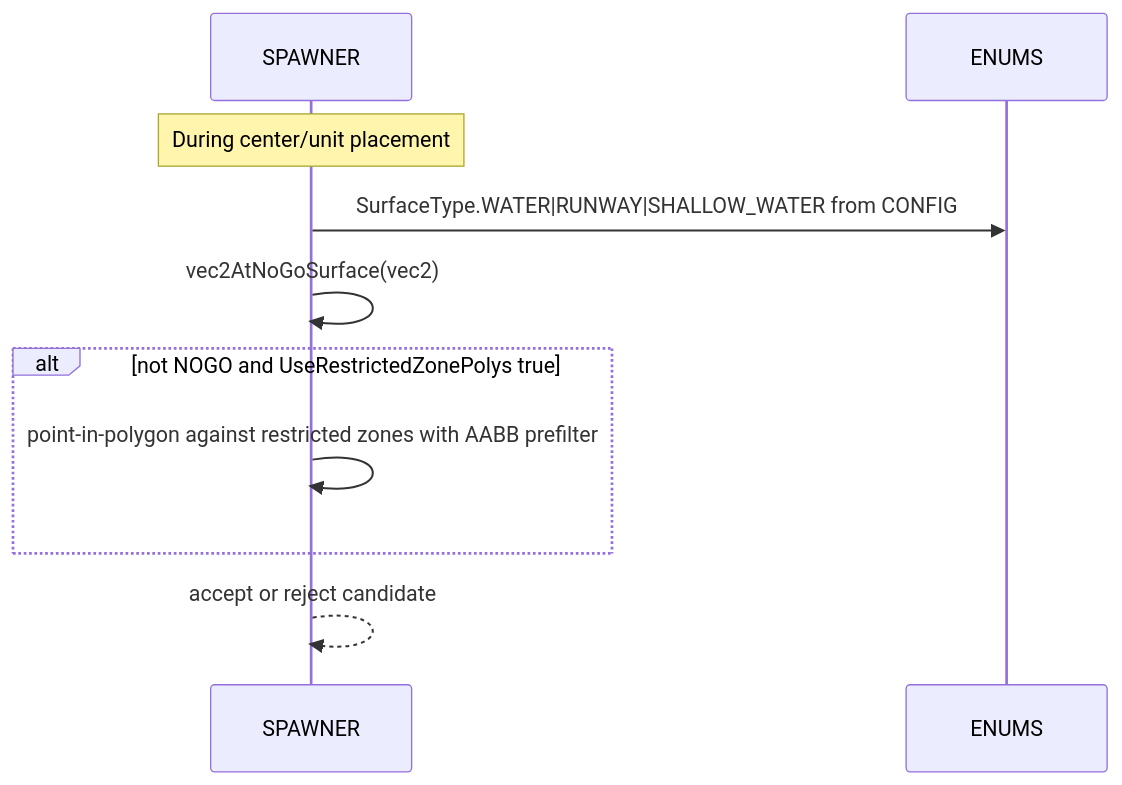
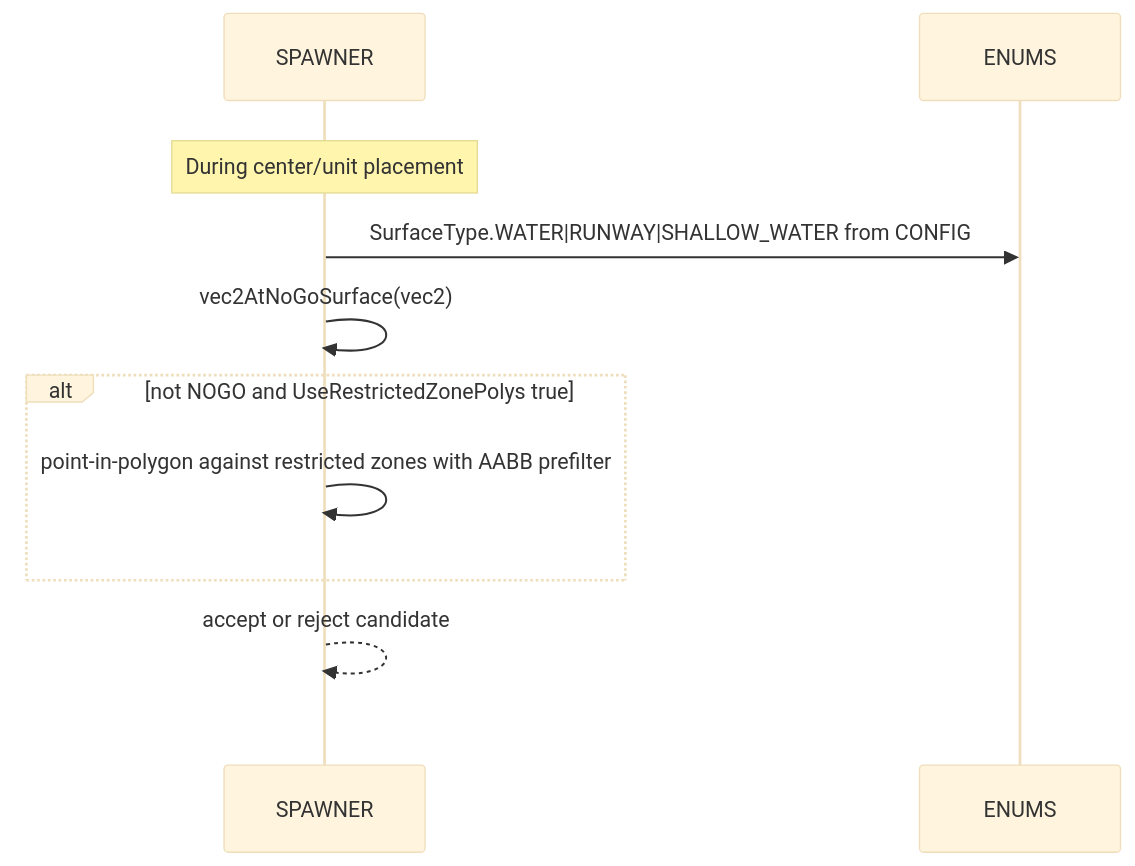
The second of 2 diagrams in docs/enums/surface_types.md (Gh0st352/AETHR), drawn with Mermaid before and after one commit. The commit also changed other lines of this file and 7 other files, not shown here.

First line of the commit message:
docs(enums): add structured mermaid styling and subgraphs

````diff
--- a/docs/enums/surface_types.md
+++ b/docs/enums/surface_types.md
@@ -25,12 +61,16 @@
 ```mermaid
+%%{init: {"theme":"base"}}%%
 sequenceDiagram
   participant SP as SPAWNER
   participant EN as ENUMS
-  note over SP: During center/unit placement
-  SP->>EN: SurfaceType.WATER|RUNWAY|SHALLOW_WATER from CONFIG
-  SP->>SP: vec2AtNoGoSurface(vec2)
-  alt not NOGO and UseRestrictedZonePolys true
-    SP->>SP: point-in-polygon against restricted zones with AABB prefilter
+
+  rect rgba(255, 255, 255, 0.75)
+    Note over SP: During center/unit placement
+    SP->>EN: SurfaceType.WATER|RUNWAY|SHALLOW_WATER from CONFIG
+    SP->>SP: vec2AtNoGoSurface(vec2)
+    alt not NOGO and UseRestrictedZonePolys true
+      SP->>SP: point-in-polygon against restricted zones with AABB prefilter
+    end
+    SP-->>SP: accept or reject candidate
   end
-  SP-->>SP: accept or reject candidate
 ```
````
